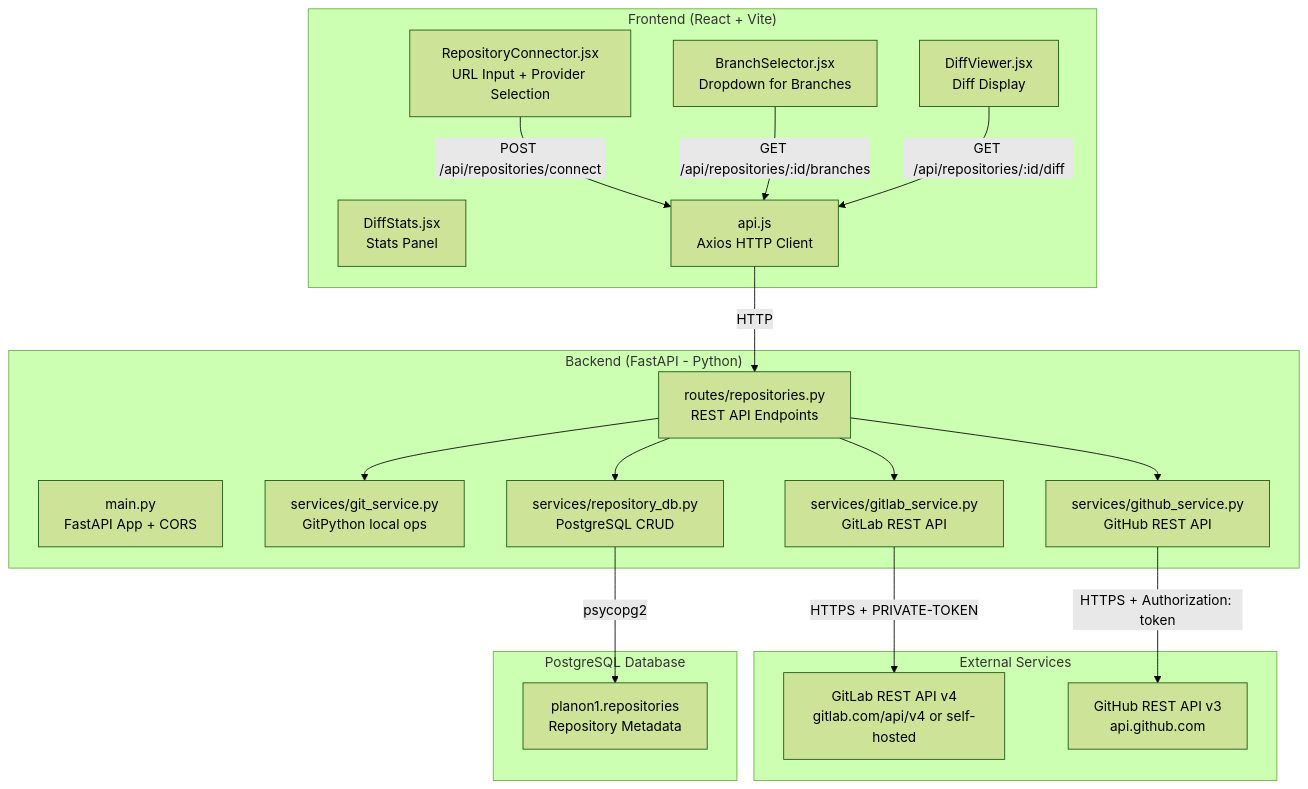
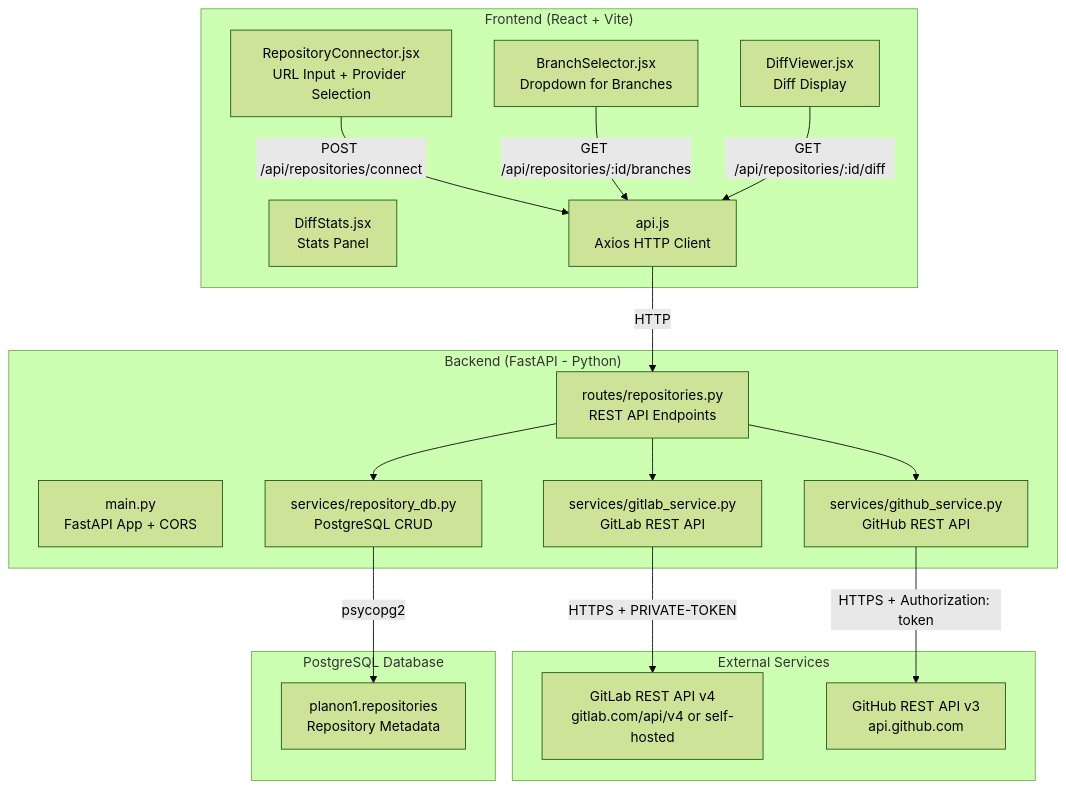
Before and after one commit to Saketh-N-1236/sample_workflow_draftpoc: the first of 4 diagrams in docs/repository_integration.md, drawn with Mermaid (forest theme). The commit also changed other lines of this file and 135 other files, not shown here.

````diff
--- a/docs/repository_integration.md
+++ b/docs/repository_integration.md
@@ -26,40 +26,38 @@
 ```mermaid
 graph TB
     subgraph Frontend ["Frontend (React + Vite)"]
         RC[RepositoryConnector.jsx<br/>URL Input + Provider Selection]
         BS[BranchSelector.jsx<br/>Dropdown for Branches]
         DV[DiffViewer.jsx<br/>Diff Display]
         DS[DiffStats.jsx<br/>Stats Panel]
         API_JS[api.js<br/>Axios HTTP Client]
     end
 
     subgraph Backend ["Backend (FastAPI - Python)"]
         MAIN[main.py<br/>FastAPI App + CORS]
         REPO_ROUTES[routes/repositories.py<br/>REST API Endpoints]
-        GIT_SVC[services/git_service.py<br/>GitPython local ops]
         GL_SVC[services/gitlab_service.py<br/>GitLab REST API]
         GH_SVC[services/github_service.py<br/>GitHub REST API]
         REPO_DB[services/repository_db.py<br/>PostgreSQL CRUD]
     end
 
     subgraph External ["External Services"]
         GITLAB_API[GitLab REST API v4<br/>gitlab.com/api/v4 or self-hosted]
         GITHUB_API[GitHub REST API v3<br/>api.github.com]
     end
 
     subgraph Database ["PostgreSQL Database"]
         REPOS_TABLE[planon1.repositories<br/>Repository Metadata]
     end
 
     RC -->|POST /api/repositories/connect| API_JS
     BS -->|GET /api/repositories/:id/branches| API_JS
     DV -->|GET /api/repositories/:id/diff| API_JS
     API_JS -->|HTTP| REPO_ROUTES
-    REPO_ROUTES --> GIT_SVC
     REPO_ROUTES --> GL_SVC
     REPO_ROUTES --> GH_SVC
     REPO_ROUTES --> REPO_DB
     GL_SVC -->|HTTPS + PRIVATE-TOKEN| GITLAB_API
     GH_SVC -->|HTTPS + Authorization: token| GITHUB_API
     REPO_DB -->|psycopg2| REPOS_TABLE
 ```
````
